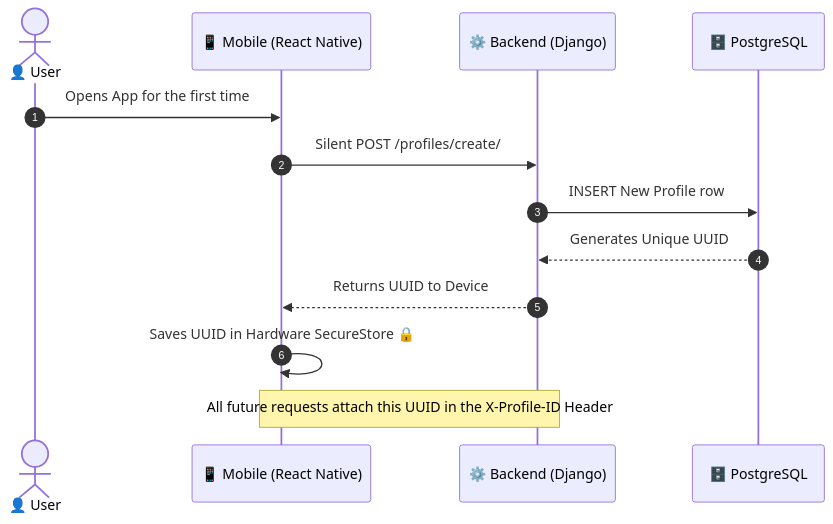
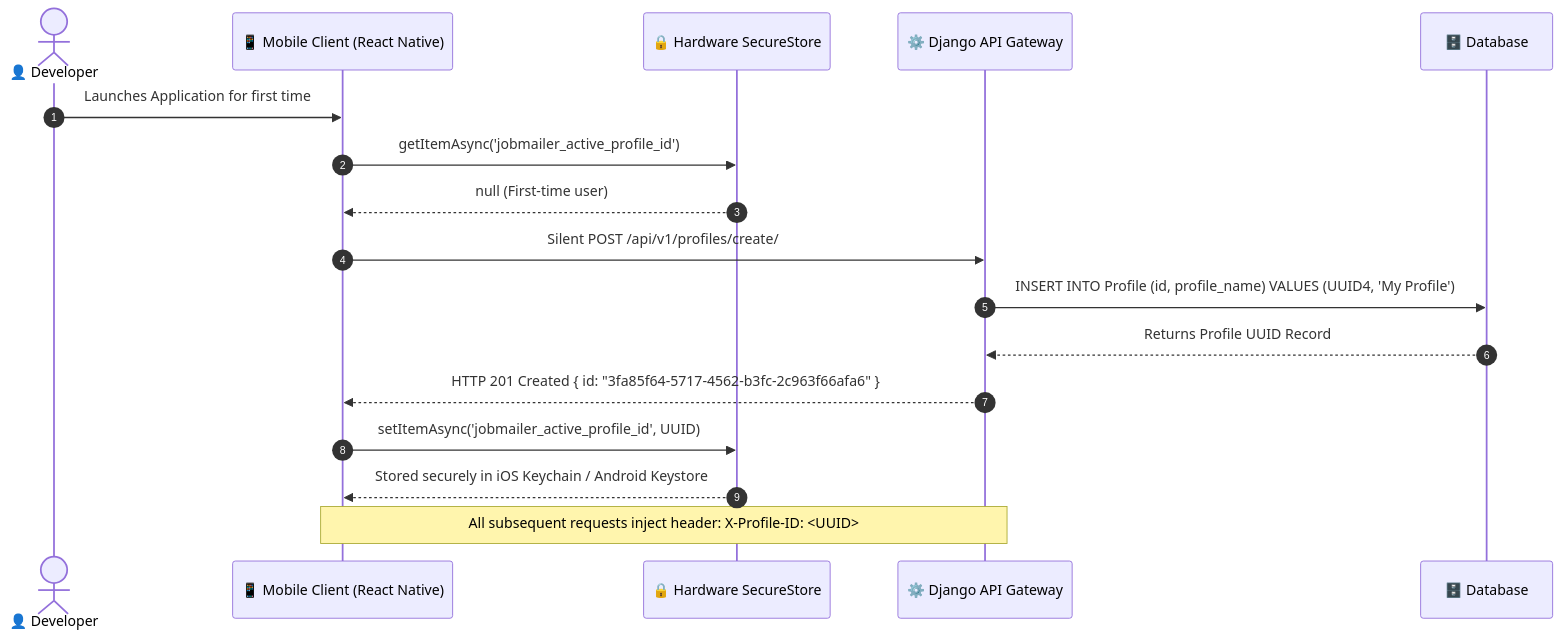
The second of 8 diagrams in PROJECT_DOCUMENTATION.md (gautam1432002/Job-Email-App), drawn with Mermaid before and after one commit. The commit also changed other lines of this file, not shown here.

Commit message:
docs: expand PROJECT_DOCUMENTATION.md with comprehensive system architecture, API spec, and cryptographic design

````diff
--- a/PROJECT_DOCUMENTATION.md
+++ b/PROJECT_DOCUMENTATION.md
@@ -15,17 +143,23 @@
 ```mermaid
 sequenceDiagram
     autonumber
-    actor User as 👤 User
-    participant App as 📱 Mobile (React Native)
-    participant API as ⚙️ Backend (Django)
-    participant DB as 🗄️ PostgreSQL
+    actor Dev as 👤 Developer
+    participant App as 📱 Mobile Client (React Native)
+    participant SecStore as 🔒 Hardware SecureStore
+    participant API as ⚙️ Django API Gateway
+    participant DB as 🗄️ Database
+
+    Dev->>App: Launches Application for first time
+    App->>SecStore: getItemAsync('jobmailer_active_profile_id')
+    SecStore-->>App: null (First-time user)
     
-    User->>App: Opens App for the first time
-    App->>API: Silent POST /profiles/create/
-    API->>DB: INSERT New Profile row
-    DB-->>API: Generates Unique UUID
-    API-->>App: Returns UUID to Device
-    App->>App: Saves UUID in Hardware SecureStore 🔒
+    App->>API: Silent POST /api/v1/profiles/create/
+    API->>DB: INSERT INTO Profile (id, profile_name) VALUES (UUID4, 'My Profile')
+    DB-->>API: Returns Profile UUID Record
+    API-->>App: HTTP 201 Created { id: "3fa85f64-5717-4562-b3fc-2c963f66afa6" }
     
-    Note over App, API: All future requests attach this UUID in the X-Profile-ID Header
+    App->>SecStore: setItemAsync('jobmailer_active_profile_id', UUID)
+    SecStore-->>App: Stored securely in iOS Keychain / Android Keystore
+    
+    Note over App, API: All subsequent requests inject header: X-Profile-ID: <UUID>
 ```
````
